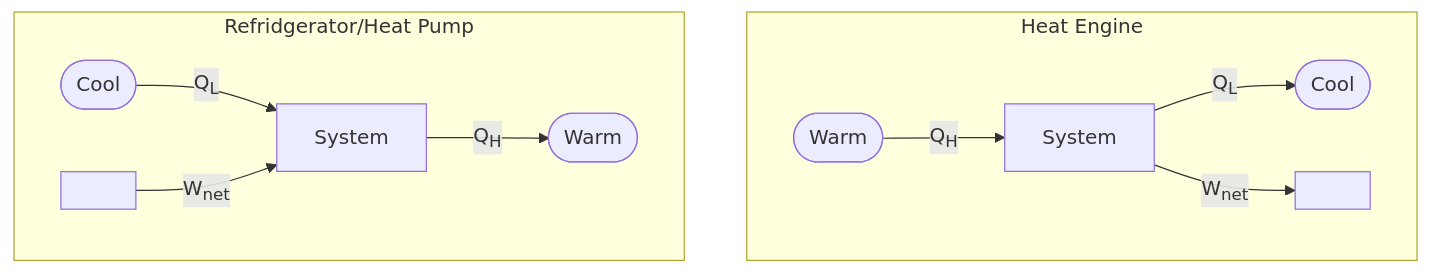
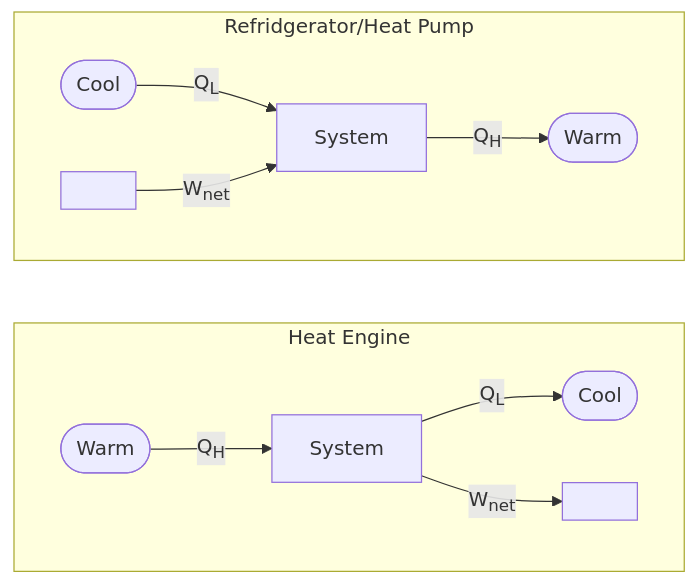
One commit to uni-notes/uni-notes changed the diagram in docs/1_Core/Thermodynamics/06_2nd_Law.md. Above: the diagram before and after it, drawn with Mermaid. The commit also changed 12 other files, not shown here.

First line of the commit message:
Setting flowchart directions to LR, wherever possible

````diff
--- a/docs/1_Core/Thermodynamics/06_2nd_Law.md
+++ b/docs/1_Core/Thermodynamics/06_2nd_Law.md
@@ -18,22 +18,20 @@
 ```mermaid
-flowchart TB
+flowchart LR
 
 subgraph Heat Engine
-
+direction LR
 a([Warm]) -->
 |Q<sub>H</sub>| b[System] -->
 |Q<sub>L</sub>| c([Cool])
 
 b --> |W<sub>net</sub>| d[ ]
-
 end
 
 subgraph Refridgerator/Heat Pump
-
+direction LR
 r([Cool]) -->
 |Q<sub>L</sub>| q[System] -->
 |Q<sub>H</sub>| p([Warm])
-
 s[ ] --> |W<sub>net</sub>| q
 end
 ```
````
